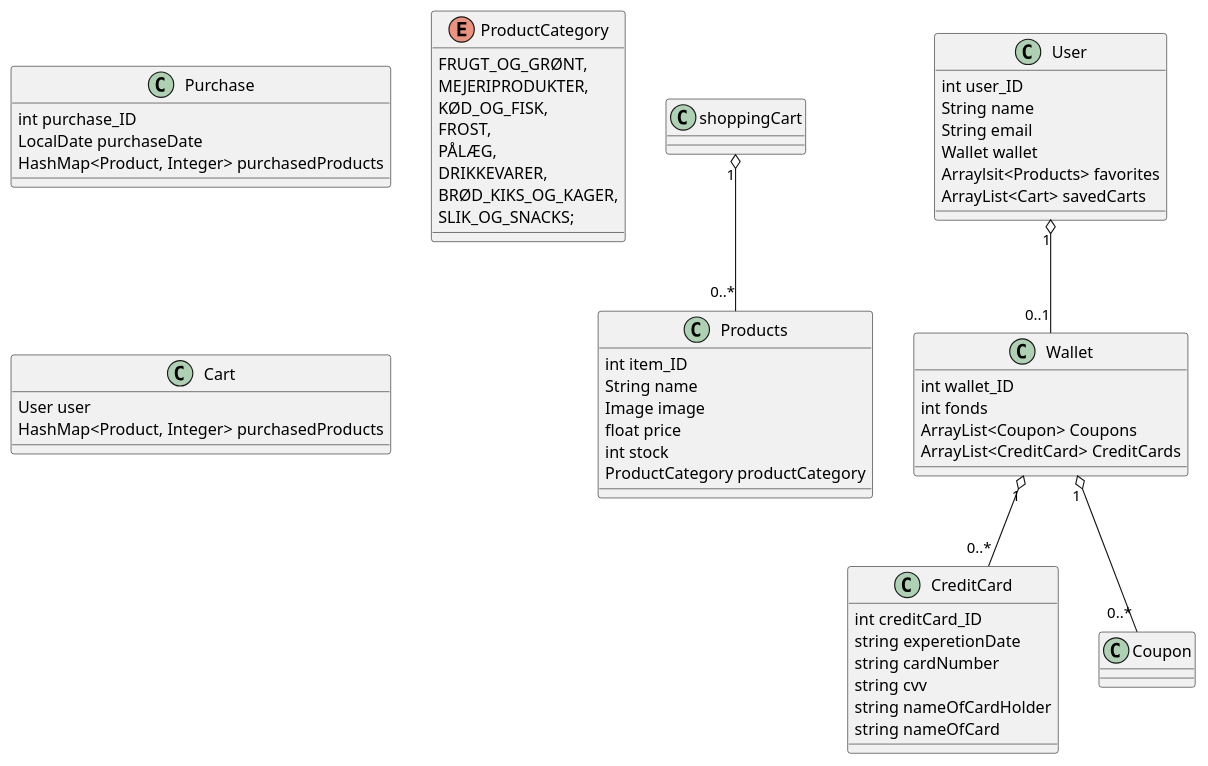
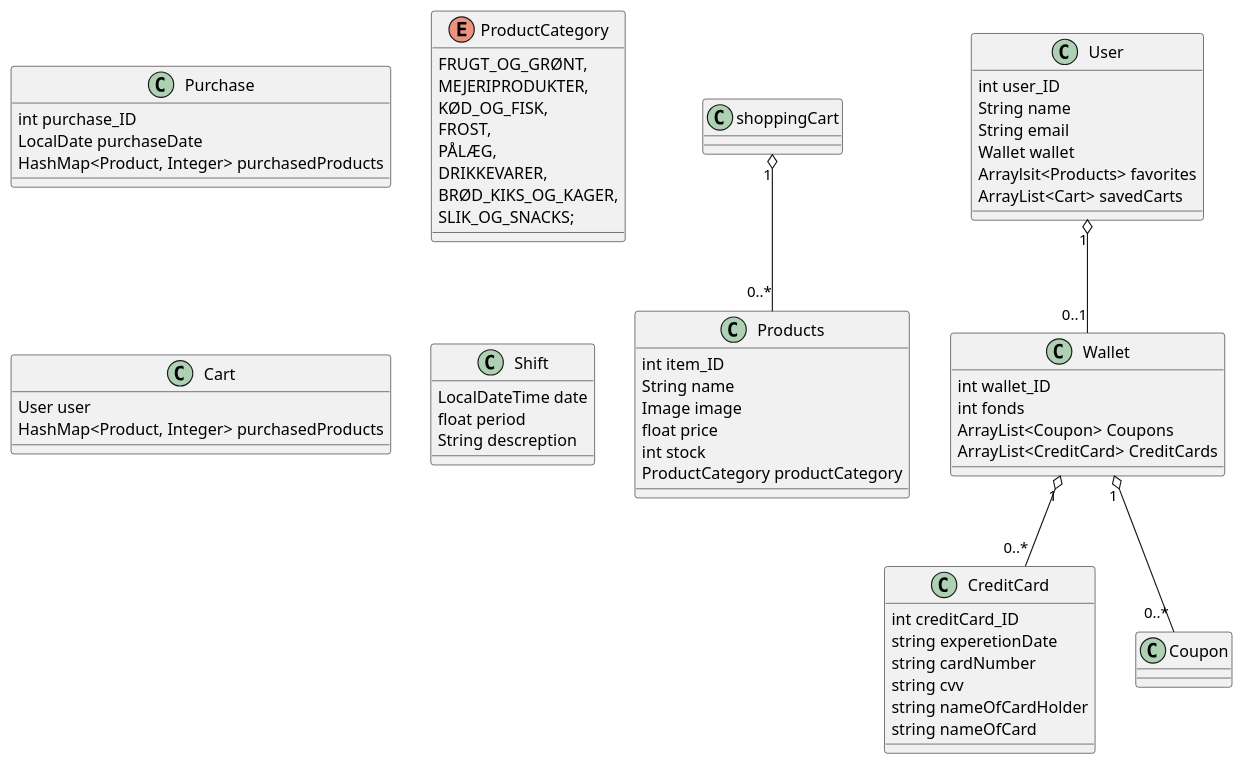
Before and after one commit to AJungersen/DDU-Eksamensprojekt: the diagram in Class diagram.wsd, drawn with PlantUML. The commit also changed 6 other files, not shown here.

```diff
--- a/Class diagram.wsd
+++ b/Class diagram.wsd
@@ -1,68 +1,74 @@
 @startuml
 class Products {
     int item_ID
     String name
     Image image
     float price
     int stock
     ProductCategory productCategory
 }
 
 class User {
     int user_ID
     String name
     String email
     Wallet wallet
     Arraylsit<Products> favorites
     ArrayList<Cart> savedCarts
 }
 
 
 Class Wallet {
     int wallet_ID
     int fonds
     ArrayList<Coupon> Coupons
     ArrayList<CreditCard> CreditCards
 }
 
 class CreditCard {
     int creditCard_ID
     string experetionDate
     string cardNumber
     string cvv
     string nameOfCardHolder
     string nameOfCard
 }
 
 class Coupon {
 
 }
 
 class Purchase {
     int purchase_ID
     LocalDate purchaseDate
     HashMap<Product, Integer> purchasedProducts
 }
 
 enum ProductCategory {
     FRUGT_OG_GRØNT,
     MEJERIPRODUKTER,
     KØD_OG_FISK,
     FROST,
     PÅLÆG,
     DRIKKEVARER,
     BRØD_KIKS_OG_KAGER,
     SLIK_OG_SNACKS;
 }
 
 class Cart {
     User user
     HashMap<Product, Integer> purchasedProducts
 }
 
+class Shift {
+    LocalDateTime date
+    float period
+    String descreption
+}
+
 Wallet "1" o-- "0..*" Coupon
 Wallet "1" o-- "0..*" CreditCard
 User "1" o-- "0..1" Wallet
 shoppingCart "1" o-- "0..*" Products
 
 @enduml
```
